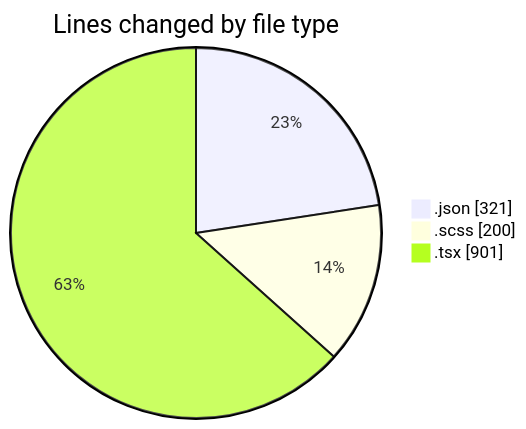
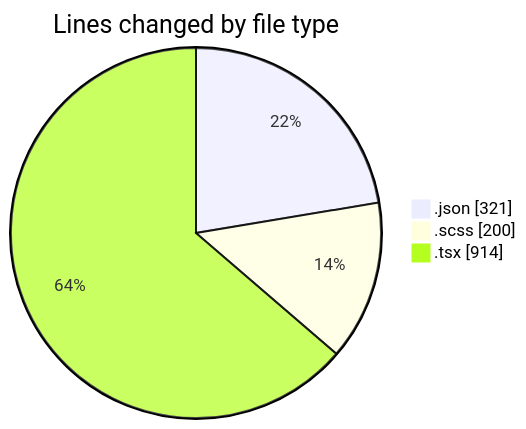
One commit to momahboobian/code-tracking changed the first of 2 diagrams in 2026-04-20/cda/README.md. Above: the diagram before and after it, drawn with Mermaid. The commit also changed other lines of this file and 1 other file, not shown here.

````diff
--- a/2026-04-20/cda/README.md
+++ b/2026-04-20/cda/README.md
@@ -27,7 +27,7 @@
 ```mermaid
 pie showData
 title Lines changed by file type
 ".json" : 321
 ".scss" : 200
-".tsx" : 901
+".tsx" : 914
 ```
````
